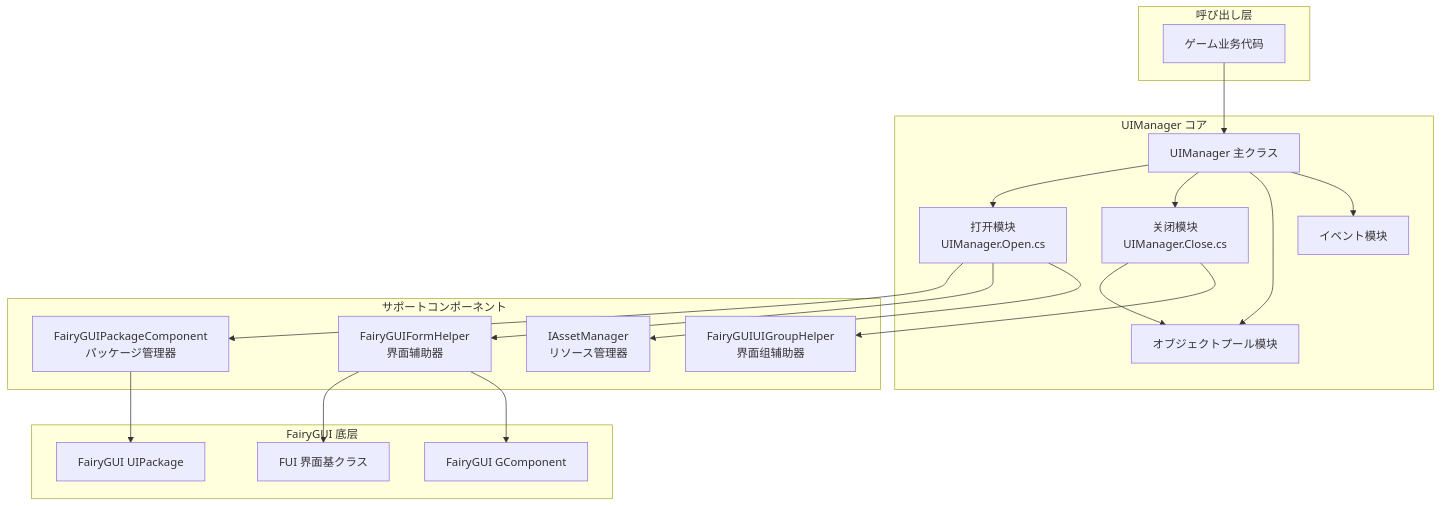
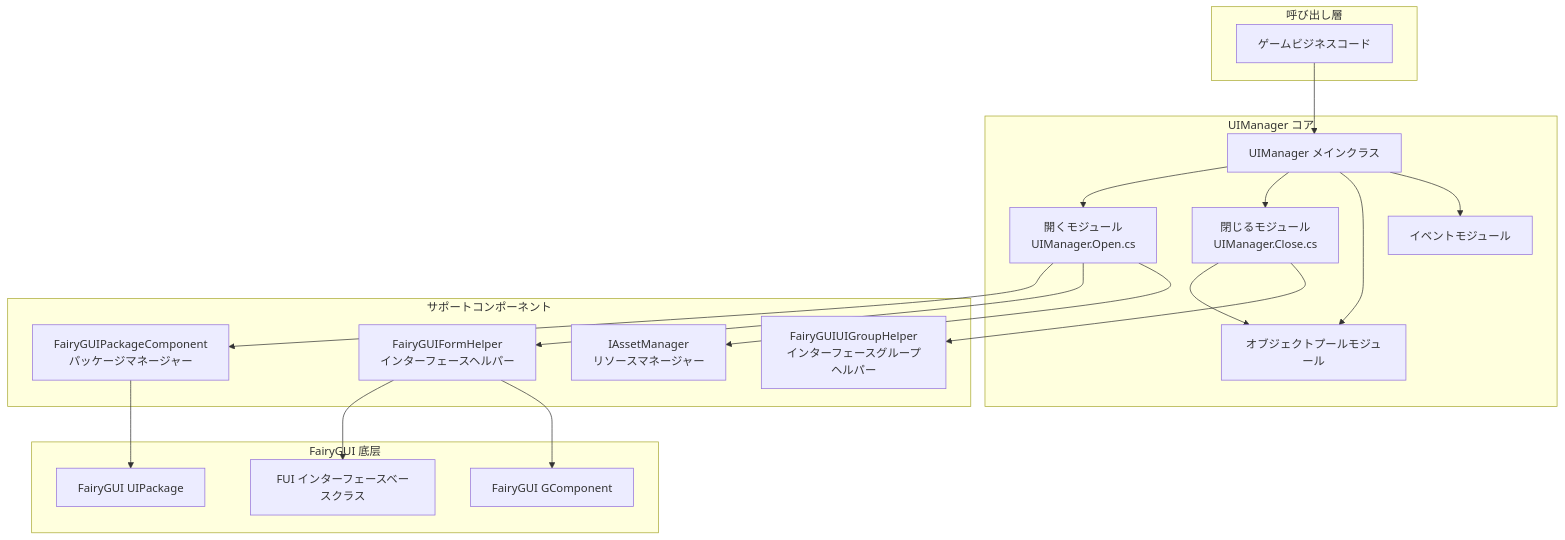
The first of 3 diagrams in docs/ja/client/unity/component/ui-fairygui/08.ui-manager.md (AlianBlank/GameFrameX.Docs), drawn with Mermaid before and after one commit. The commit also changed other lines of this file and 320 other files, not shown here.

````diff
--- a/docs/ja/client/unity/component/ui-fairygui/08.ui-manager.md
+++ b/docs/ja/client/unity/component/ui-fairygui/08.ui-manager.md
@@ -28,44 +28,44 @@
 ```mermaid
 flowchart TD
-    subgraph External["呼び出し层"]
-        Game["ゲーム业务代码"]
+    subgraph External["呼び出し層"]
+        Game["ゲームビジネスコード"]
     end
 
     subgraph UIManagerCore["UIManager コア"]
-        Main[UIManager 主クラス]
-        OpenModule[打开模块<br/>UIManager.Open.cs]
-        CloseModule[关闭模块<br/>UIManager.Close.cs]
-        PoolModule[オブジェクトプール模块]
-        EventModule[イベント模块]
+        Main[UIManager メインクラス]
+        OpenModule[開くモジュール<br/>UIManager.Open.cs]
+        CloseModule[閉じるモジュール<br/>UIManager.Close.cs]
+        PoolModule[オブジェクトプールモジュール]
+        EventModule[イベントモジュール]
     end
 
     subgraph Support["サポートコンポーネント"]
-        PackageMgr[FairyGUIPackageComponent<br/>パッケージ管理器]
-        FormHelper[FairyGUIFormHelper<br/>界面辅助器]
-        GroupHelper[FairyGUIUIGroupHelper<br/>界面组辅助器]
-        AssetMgr[IAssetManager<br/>リソース管理器]
+        PackageMgr[FairyGUIPackageComponent<br/>パッケージマネージャー]
+        FormHelper[FairyGUIFormHelper<br/>インターフェースヘルパー]
+        GroupHelper[FairyGUIUIGroupHelper<br/>インターフェースグループヘルパー]
+        AssetMgr[IAssetManager<br/>リソースマネージャー]
     end
 
     subgraph FairyGUI["FairyGUI 底层"]
-        FUI[FUI 界面基クラス]
+        FUI[FUI インターフェースベースクラス]
         GComponent[FairyGUI GComponent]
         UIPackage[FairyGUI UIPackage]
     end
 
     Game --> Main
     Main --> OpenModule
     Main --> CloseModule
     Main --> PoolModule
     Main --> EventModule
-    
+
     OpenModule --> PackageMgr
     OpenModule --> FormHelper
     OpenModule --> AssetMgr
-    
+
     CloseModule --> PoolModule
     CloseModule --> GroupHelper
-    
+
     FormHelper --> FUI
     FormHelper --> GComponent
     PackageMgr --> UIPackage
 ```
````
